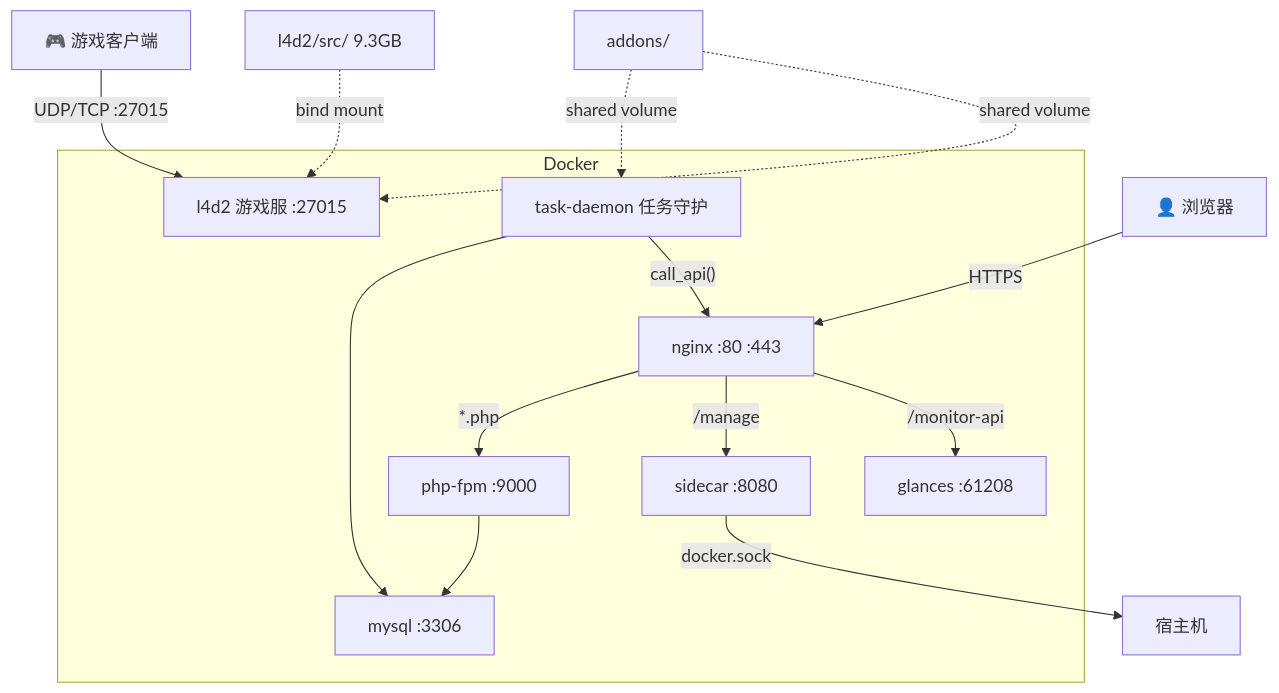
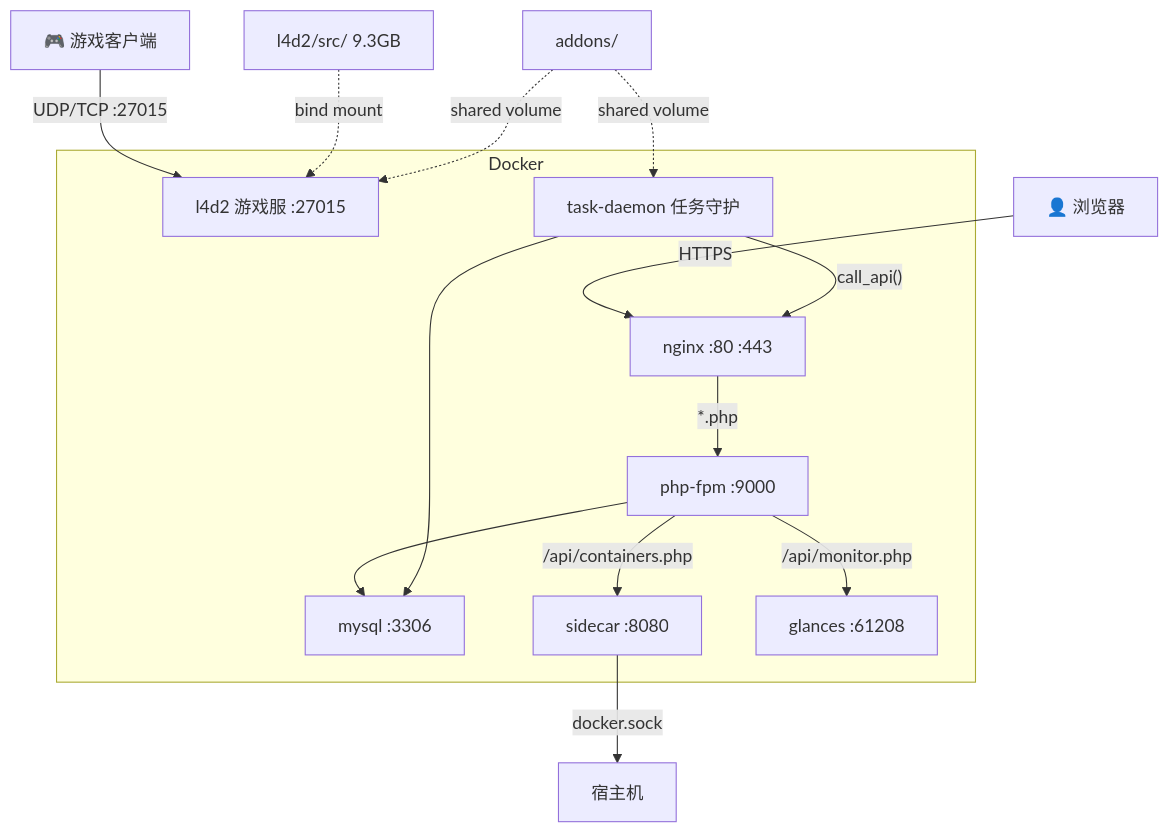
The diagram in README.md (TunArund/L4D2-ServerPack), drawn with Mermaid before and after one commit. The commit also changed other lines of this file and 19 other files, not shown here.

````diff
--- a/README.md
+++ b/README.md
@@ -223,27 +238,27 @@
 ```mermaid
 graph TB
     USER["👤 浏览器"] -->|"HTTPS"| NGINX
     GAME["🎮 游戏客户端"] -->|"UDP/TCP :27015"| L4D2
 
     subgraph Docker
         NGINX["nginx :80 :443"]
         PHP["php-fpm :9000"]
         MYSQL["mysql :3306"]
         DL["task-daemon 任务守护"]
         SIDECAR["sidecar :8080"]
         GLANCES["glances :61208"]
         L4D2["l4d2 游戏服 :27015"]
     end
 
     NGINX -->|"*.php"| PHP
-    NGINX -->|"/manage"| SIDECAR
-    NGINX -->|"/monitor-api"| GLANCES
+    PHP -->|"/api/containers.php"| SIDECAR
+    PHP -->|"/api/monitor.php"| GLANCES
     PHP --> MYSQL
     DL --> MYSQL
     DL -->|"call_api()"| NGINX
     SIDECAR -->|"docker.sock"| HOST["宿主机"]
 
     L4D2_GAME["l4d2/src/ 9.3GB"] -.->|"bind mount"| L4D2
     ADDONS["addons/"] -.->|"shared volume"| DL
     ADDONS -.->|"shared volume"| L4D2
 ```
````
